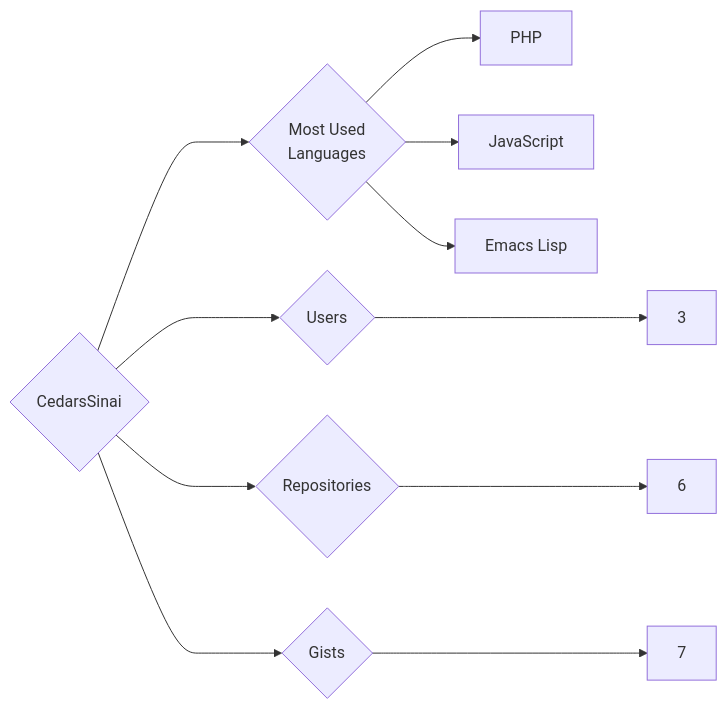
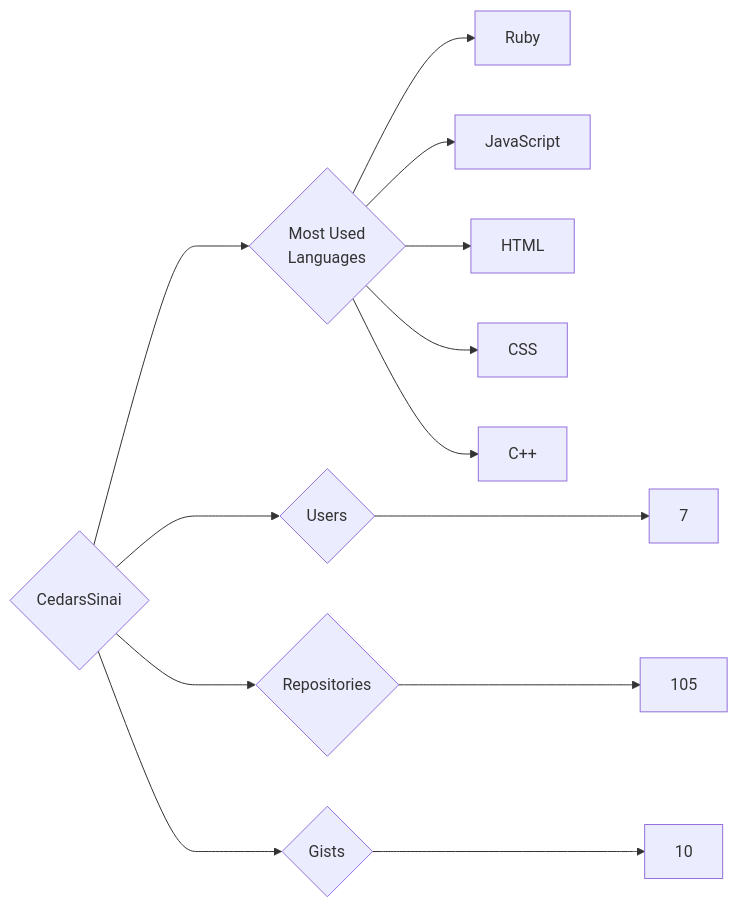
The diagram in targets/CedarsSinai/README.md (trickest/insiders), drawn with Mermaid before and after one commit. The commit also changed 873 other files, not shown here.

````diff
--- a/targets/CedarsSinai/README.md
+++ b/targets/CedarsSinai/README.md
@@ -3,11 +3,13 @@
 ```mermaid
 graph LR
 COMPANY_NAME{CedarsSinai}
-COMPANY_NAME ---> U{Users} ---> UN[3]
-COMPANY_NAME ---> R{Repositories} ---> RN[6]
-COMPANY_NAME ---> G{Gists} ---> GN[7]
+COMPANY_NAME ---> U{Users} ---> UN[7]
+COMPANY_NAME ---> R{Repositories} ---> RN[105]
+COMPANY_NAME ---> G{Gists} ---> GN[10]
 COMPANY_NAME ---> ML{Most Used<br>Languages}
-ML --> PHP[PHP]
+ML --> Ruby[Ruby]
 ML --> JavaScript[JavaScript]
-ML --> Emacs_Lisp[Emacs Lisp]
+ML --> HTML[HTML]
+ML --> CSS[CSS]
+ML --> C++[C++]
 ```
````
